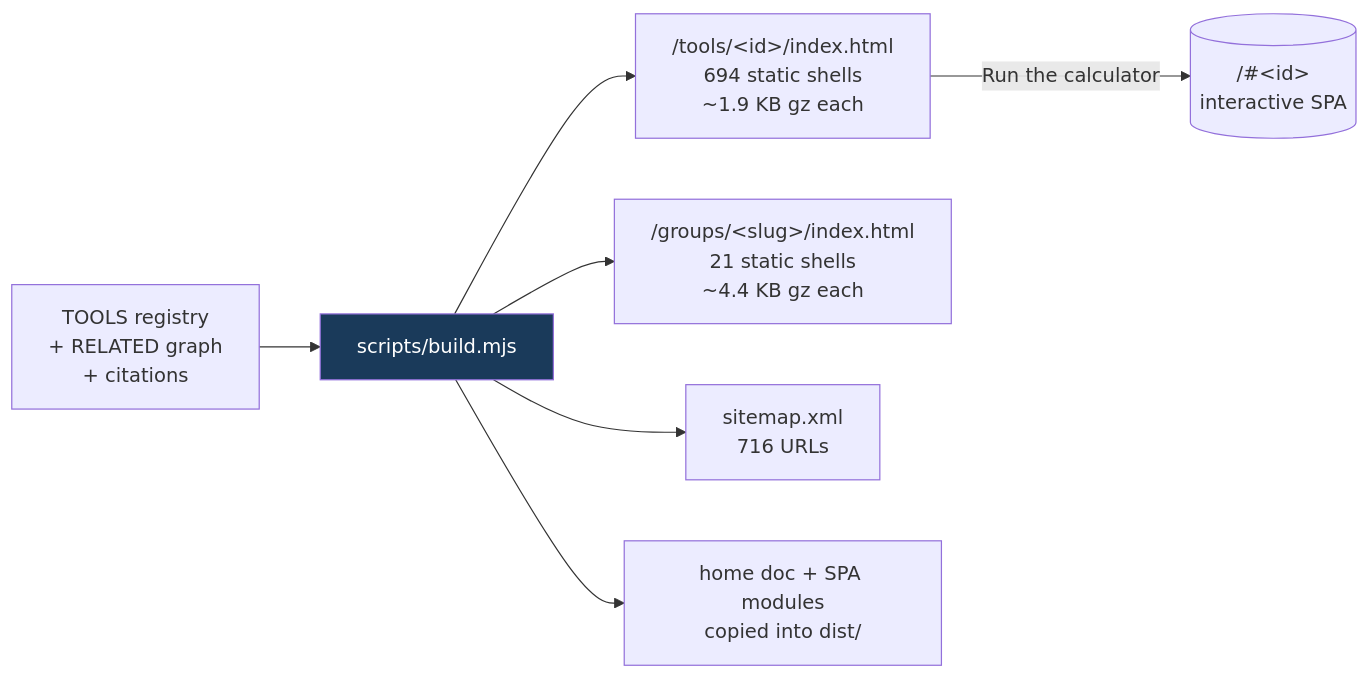
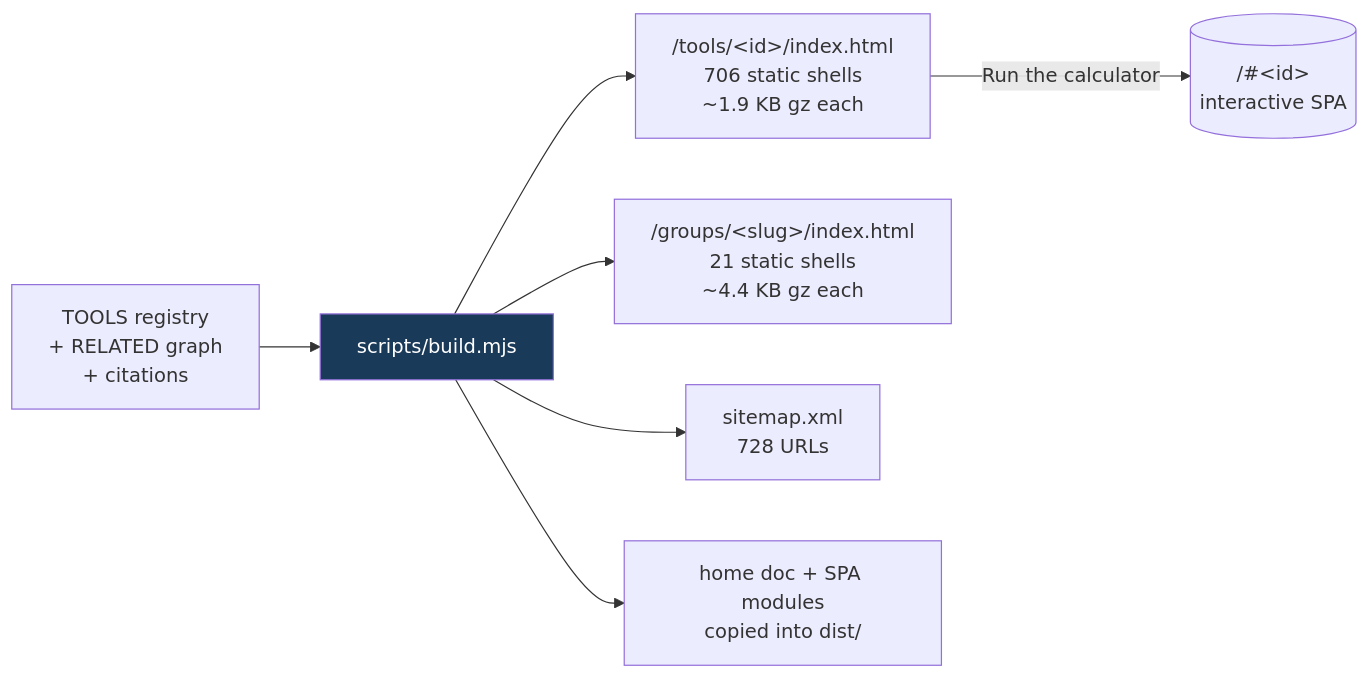
One commit to clay-good/roughlogic.com changed the fifth of 8 diagrams in README.md. Above: the diagram before and after it, drawn with Mermaid. The commit also changed other lines of this file and 31 other files, not shown here.

````diff
--- a/README.md
+++ b/README.md
@@ -495,10 +495,10 @@
 ```mermaid
 flowchart LR
     SRC[TOOLS registry\n+ RELATED graph\n+ citations] --> BUILD[scripts/build.mjs]
-    BUILD --> TILE["/tools/&lt;id&gt;/index.html\n694 static shells\n~1.9 KB gz each"]
+    BUILD --> TILE["/tools/&lt;id&gt;/index.html\n706 static shells\n~1.9 KB gz each"]
     BUILD --> GROUP["/groups/&lt;slug&gt;/index.html\n21 static shells\n~4.4 KB gz each"]
-    BUILD --> MAP["sitemap.xml\n716 URLs"]
+    BUILD --> MAP["sitemap.xml\n728 URLs"]
     BUILD --> COPY[home doc + SPA modules\ncopied into dist/]
     TILE -->|Run the calculator| SPA[("/#&lt;id&gt;\ninteractive SPA")]
     style BUILD fill:#1a3a5a,color:#fff
 ```
````
